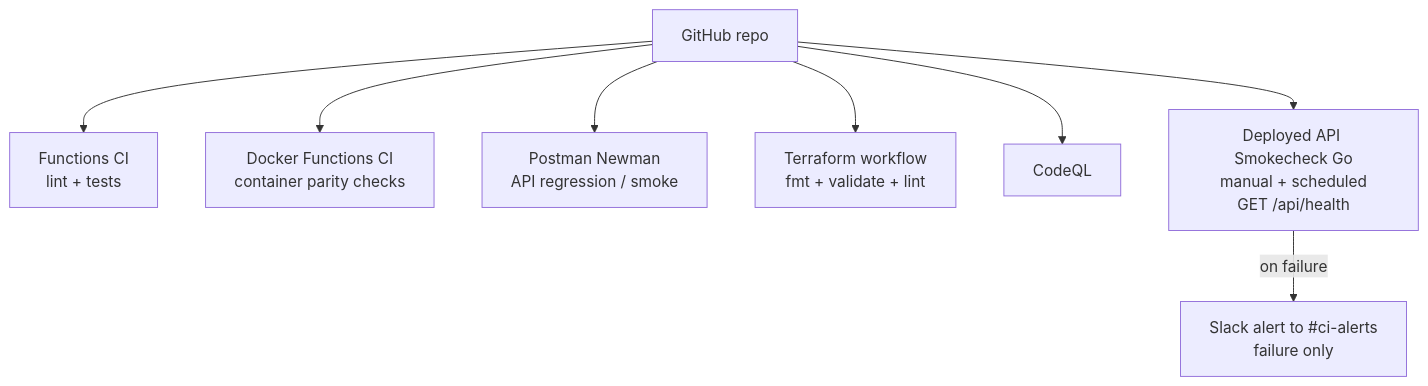
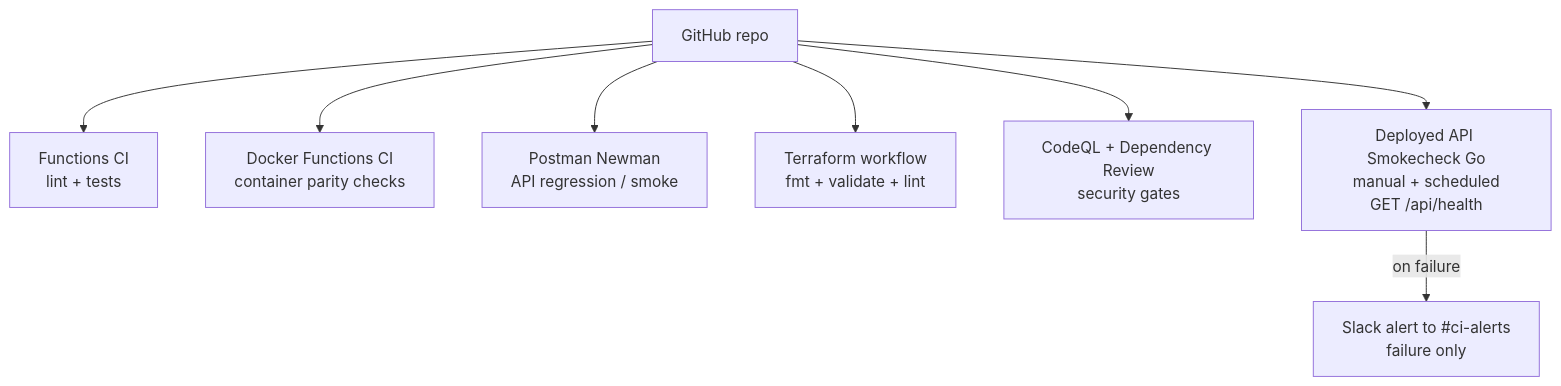
Before and after one commit to sdaly-ie/firebase-serverless-rest-api: the diagram in README.md, drawn with Mermaid. The commit also changed other lines of this file, not shown here.

Commit message:
docs(readme): prepare v1.15.0 review snapshot (#136)

````diff
--- a/README.md
+++ b/README.md
@@ -134,20 +133,20 @@
 ```mermaid
 flowchart TD
     A[GitHub repo]
 
     B[Functions CI<br/>lint + tests]
     C[Docker Functions CI<br/>container parity checks]
     D[Postman Newman<br/>API regression / smoke]
     E[Terraform workflow<br/>fmt + validate + lint]
-    F[CodeQL]
+    F[CodeQL + Dependency Review<br/>security gates]
     G[Deployed API Smokecheck Go<br/>manual + scheduled<br/>GET /api/health]
     H[Slack alert to #ci-alerts<br/>failure only]
 
     A --> B
     A --> C
     A --> D
     A --> E
     A --> F
     A --> G
     G -->|on failure| H
 ```
````
